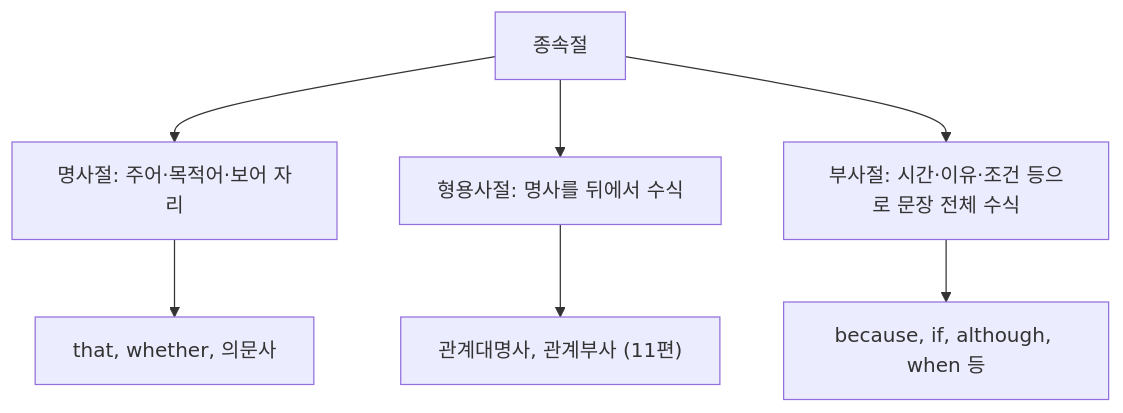
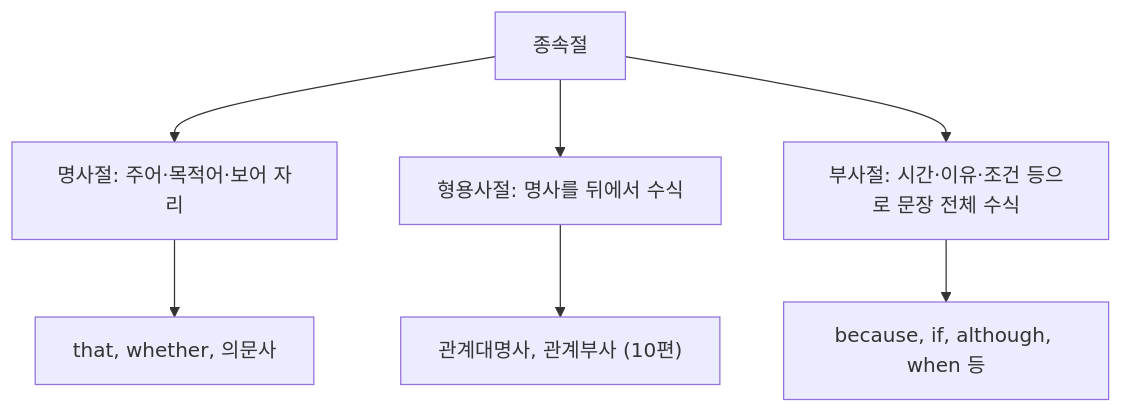
Before and after one commit to zenoK80/zeno-ai-docs: the diagram in content/독학사/1단계/영어/11_conjunctions.mdx, drawn with Mermaid. The commit also changed other lines of this file and 1368 other files, not shown here.

````diff
--- a/content/독학사/1단계/영어/11_conjunctions.mdx
+++ b/content/독학사/1단계/영어/11_conjunctions.mdx
@@ -90,9 +83,9 @@
 ```mermaid
 graph TD
     A[종속절] --> B[명사절: 주어·목적어·보어 자리]
     A --> C[형용사절: 명사를 뒤에서 수식]
     A --> D[부사절: 시간·이유·조건 등으로 문장 전체 수식]
     B --> B1["that, whether, 의문사"]
-    C --> C1["관계대명사, 관계부사 (11편)"]
+    C --> C1["관계대명사, 관계부사 (10편)"]
     D --> D1["because, if, although, when 등"]
 ```
````
